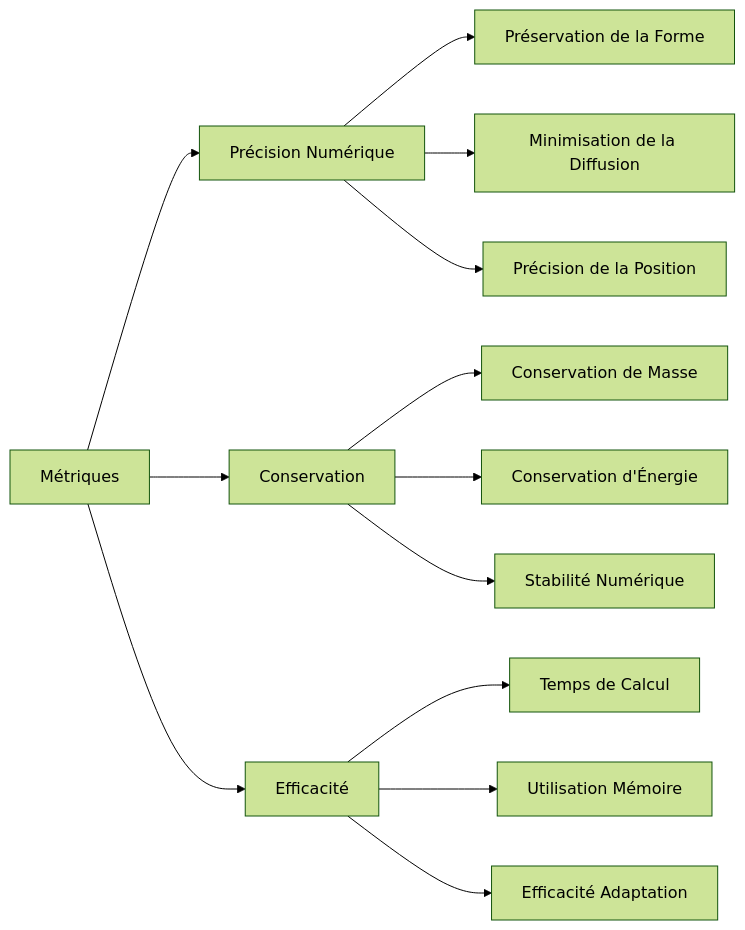
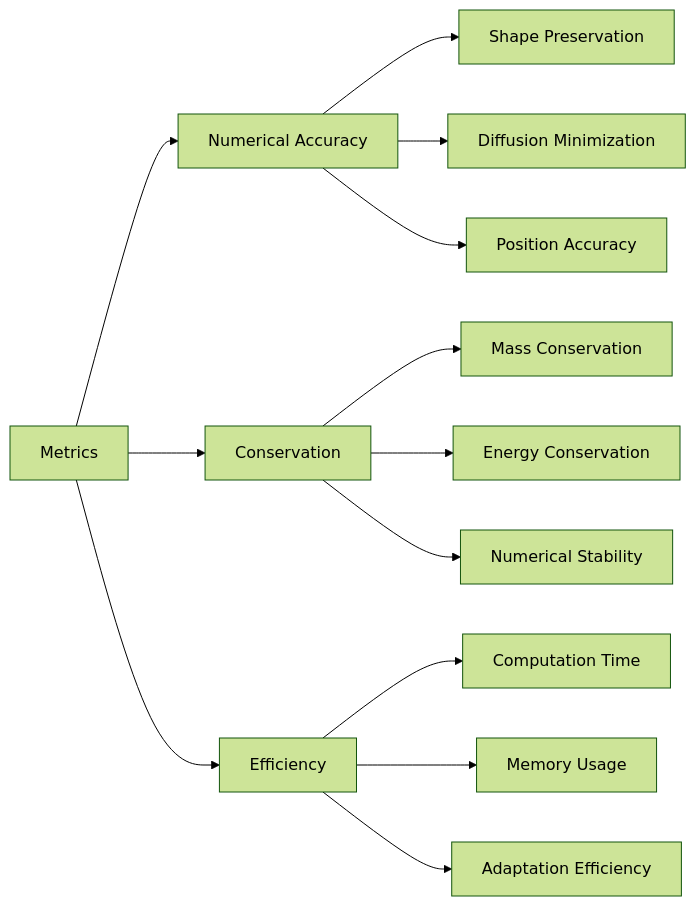
The fourth of 5 diagrams in docs/advection_2d_test_case.md (sbstndb/samurai), drawn with Mermaid (forest theme) before and after one commit. The commit also changed other lines of this file and 8 other files, not shown here.

````diff
--- a/docs/advection_2d_test_case.md
+++ b/docs/advection_2d_test_case.md
@@ -488,18 +488,18 @@
 ```mermaid
 graph LR
-    A[Métriques] --> B[Précision Numérique]
+    A[Metrics] --> B[Numerical Accuracy]
     A --> C[Conservation]
-    A --> D[Efficacité]
+    A --> D[Efficiency]
     
-    B --> E[Préservation de la Forme]
-    B --> F[Minimisation de la Diffusion]
-    B --> G[Précision de la Position]
+    B --> E[Shape Preservation]
+    B --> F[Diffusion Minimization]
+    B --> G[Position Accuracy]
     
-    C --> H[Conservation de Masse]
-    C --> I[Conservation d'Énergie]
-    C --> J[Stabilité Numérique]
+    C --> H[Mass Conservation]
+    C --> I[Energy Conservation]
+    C --> J[Numerical Stability]
     
-    D --> K[Temps de Calcul]
-    D --> L[Utilisation Mémoire]
-    D --> M[Efficacité Adaptation]
+    D --> K[Computation Time]
+    D --> L[Memory Usage]
+    D --> M[Adaptation Efficiency]
 ```
````
